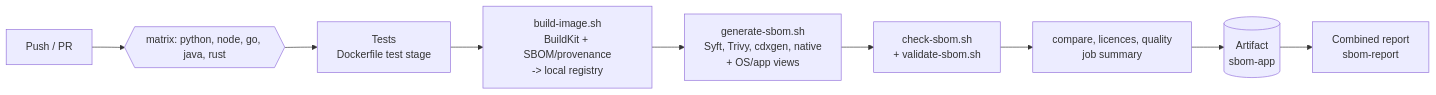
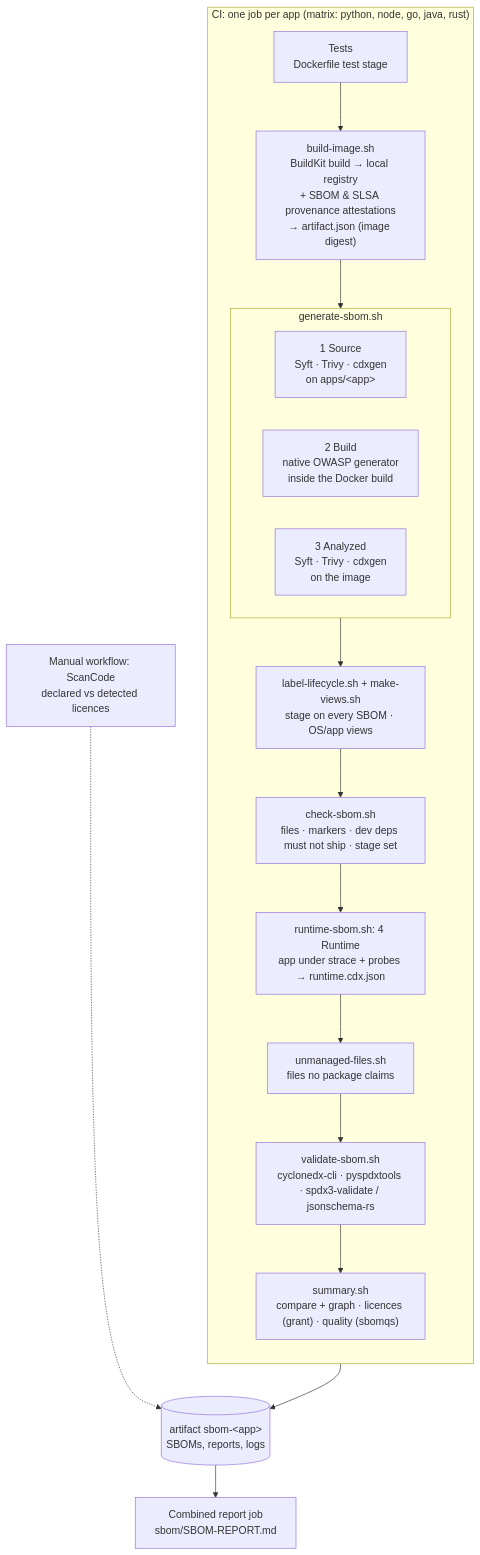
Before and after one commit to jotavare/sbom-poc: the diagram in README.md, drawn with Mermaid. The commit also changed other lines of this file and 1 other file, not shown here.

First line of the commit message:
docs: README by SBOM stage; fix ScanCode cleanup

````diff
--- a/README.md
+++ b/README.md
@@ -193,11 +68,24 @@
 ```mermaid
-flowchart LR
-  push[Push / PR] --> m{{matrix: python, node, go, java, rust}}
-  m --> t[Tests<br/>Dockerfile test stage]
-  t --> b[build-image.sh<br/>BuildKit + SBOM/provenance<br/>-> local registry]
-  b --> g[generate-sbom.sh<br/>Syft, Trivy, cdxgen, native<br/>+ OS/app views]
-  g --> c[check-sbom.sh<br/>+ validate-sbom.sh]
-  c --> s[compare, licences, quality<br/>job summary]
-  s --> a[(Artifact<br/>sbom-app)]
-  a --> rep[Combined report<br/>sbom-report]
+flowchart TB
+  subgraph CI["CI: one job per app (matrix: python, node, go, java, rust)"]
+    direction TB
+    T["Tests<br/>Dockerfile test stage"]
+    B["build-image.sh<br/>BuildKit build → local registry<br/>+ SBOM & SLSA provenance attestations<br/>→ artifact.json (image digest)"]
+    subgraph G["generate-sbom.sh"]
+      direction LR
+      S1["1 Source<br/>Syft · Trivy · cdxgen<br/>on apps/&lt;app&gt;"]
+      S2["2 Build<br/>native OWASP generator<br/>inside the Docker build"]
+      S3["3 Analyzed<br/>Syft · Trivy · cdxgen<br/>on the image"]
+    end
+    L["label-lifecycle.sh + make-views.sh<br/>stage on every SBOM · OS/app views"]
+    C["check-sbom.sh<br/>files · markers · dev deps must not ship · stage set"]
+    R["runtime-sbom.sh: 4 Runtime<br/>app under strace + probes → runtime.cdx.json"]
+    U["unmanaged-files.sh<br/>files no package claims"]
+    V["validate-sbom.sh<br/>cyclonedx-cli · pyspdxtools · spdx3-validate / jsonschema-rs"]
+    M["summary.sh<br/>compare + graph · licences (grant) · quality (sbomqs)"]
+    T --> B --> G --> L --> C --> R --> U --> V --> M
+  end
+  M --> A[("artifact sbom-&lt;app&gt;<br/>SBOMs, reports, logs")]
+  A --> REP["Combined report job<br/>sbom/SBOM-REPORT.md"]
+  SC["Manual workflow: ScanCode<br/>declared vs detected licences"] -.-> A
 ```
````
